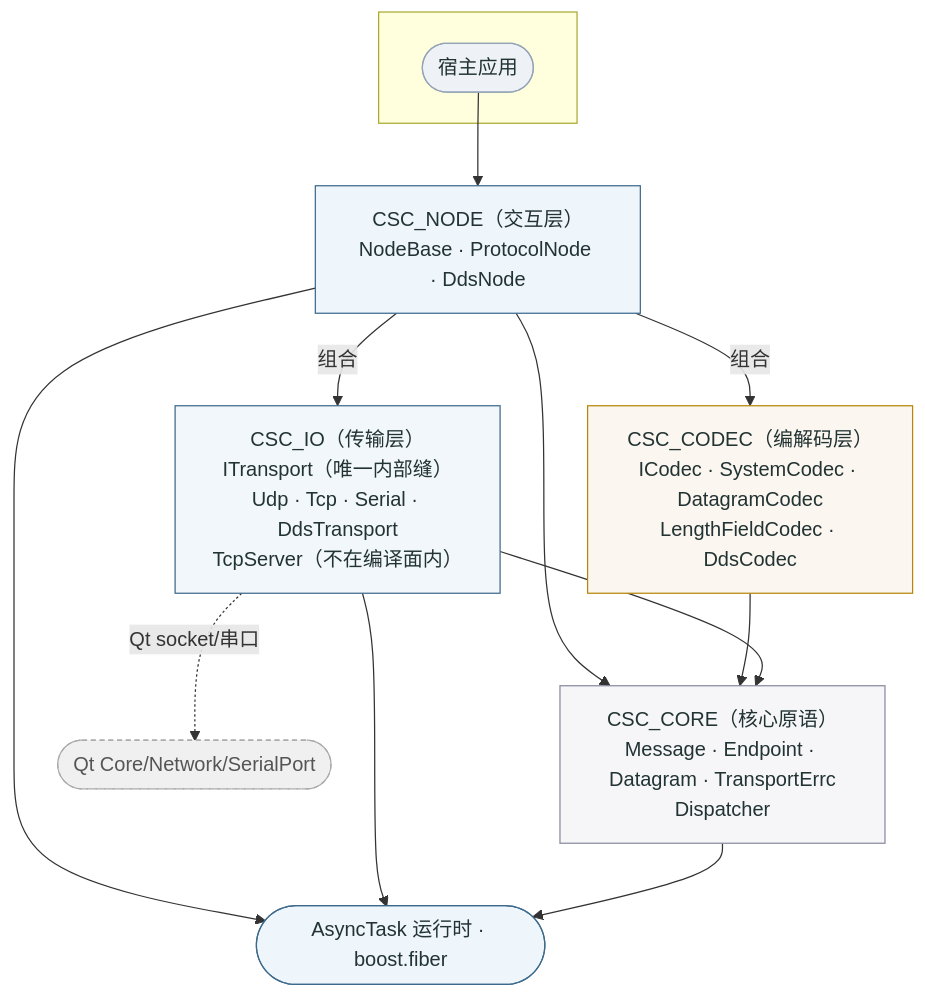
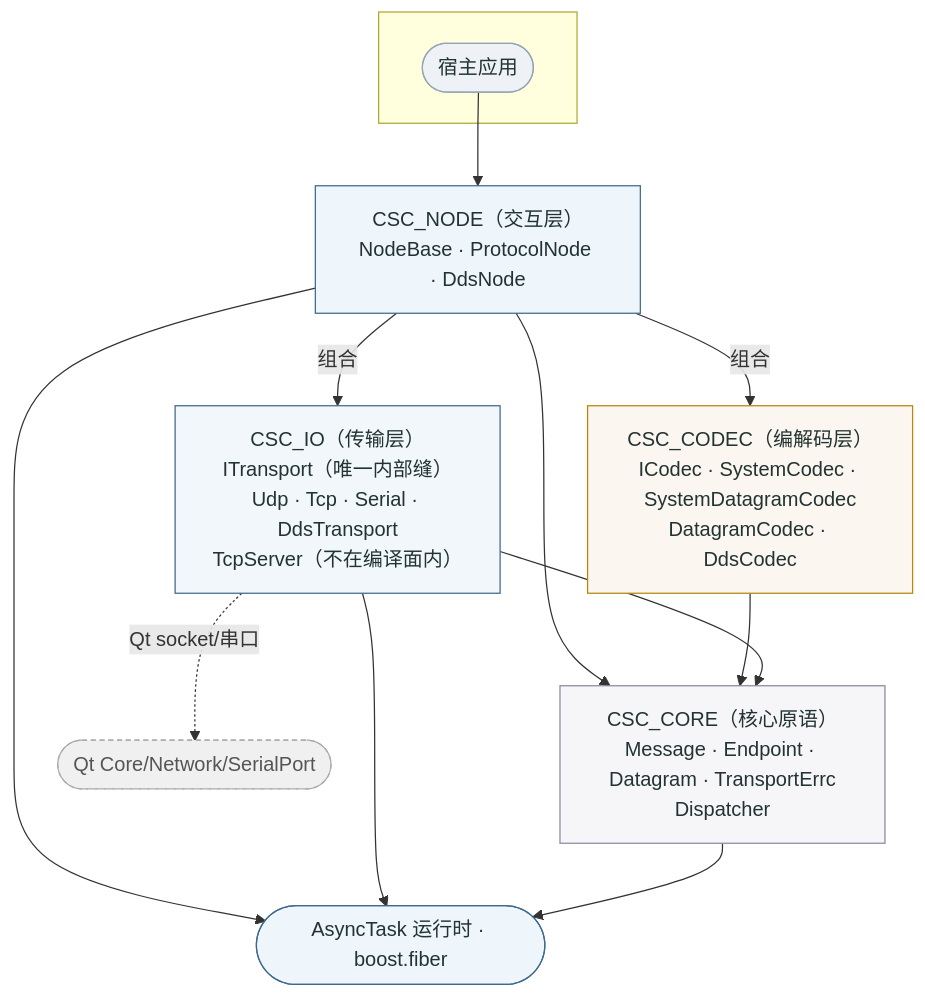
The diagram in docs/diagrams/sdd-csc-layers.mmd (Ste7an-cs/Transport), drawn with Mermaid before and after one commit. The commit also changed 14 other files, not shown here.

First line of the commit message:
docs+refactor:删除 LengthFieldCodec,并同步 ADR-0020 的 Message 重构文档

```diff
--- a/docs/diagrams/sdd-csc-layers.mmd
+++ b/docs/diagrams/sdd-csc-layers.mmd
@@ -1,33 +1,33 @@
 flowchart TB
     subgraph HOST[" "]
       APP([宿主应用])
     end
     NODE["CSC_NODE（交互层）<br/>NodeBase · ProtocolNode · DdsNode"]
-    CODEC["CSC_CODEC（编解码层）<br/>ICodec · SystemCodec · DatagramCodec<br/>LengthFieldCodec · DdsCodec"]
+    CODEC["CSC_CODEC（编解码层）<br/>ICodec · SystemCodec · SystemDatagramCodec<br/>DatagramCodec · DdsCodec"]
     IO["CSC_IO（传输层）<br/>ITransport（唯一内部缝）<br/>Udp · Tcp · Serial · DdsTransport<br/>TcpServer（不在编译面内）"]
     CORE["CSC_CORE（核心原语）<br/>Message · Endpoint · Datagram · TransportErrc<br/>Dispatcher"]
     RT([AsyncTask 运行时 · boost.fiber])
     QT([Qt Core/Network/SerialPort]):::opt
 
     APP --> NODE
     NODE -->|组合| CODEC
     NODE -->|组合| IO
     NODE --> CORE
     CODEC --> CORE
     IO --> CORE
     IO -.Qt socket/串口.-> QT
     NODE --> RT
     IO --> RT
     CORE --> RT
 
     classDef host fill:#eef2f7,stroke:#93a4b5,color:#233;
     classDef node fill:#eef5fb,stroke:#3d6a8c,color:#233;
     classDef codec fill:#fbf6ef,stroke:#b8860b,color:#233;
     classDef io fill:#f2f7fb,stroke:#3d6a8c,color:#233;
     classDef core fill:#f6f6f8,stroke:#8a8aa0,color:#233;
     classDef opt fill:#f0f0f0,stroke:#aaa,color:#555,stroke-dasharray:4 3;
     class APP host;
     class NODE node;
     class CODEC codec;
     class IO io;
     class CORE core;
```
